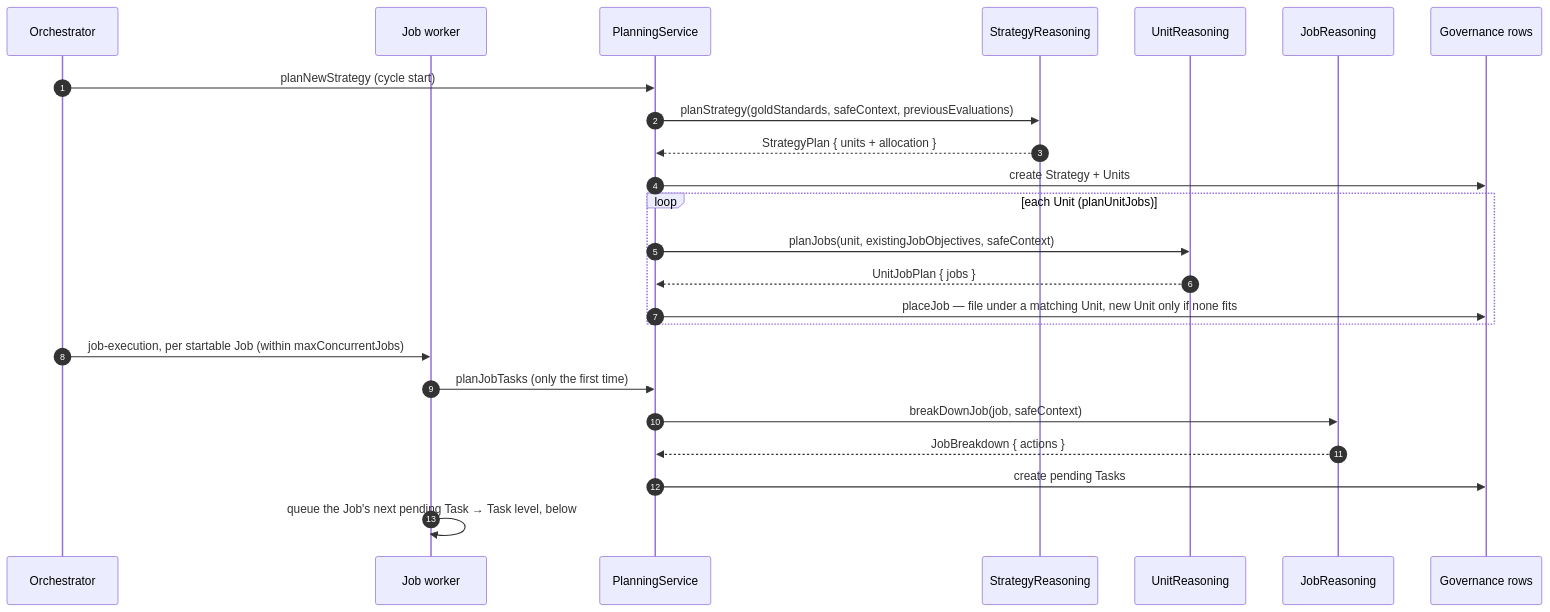
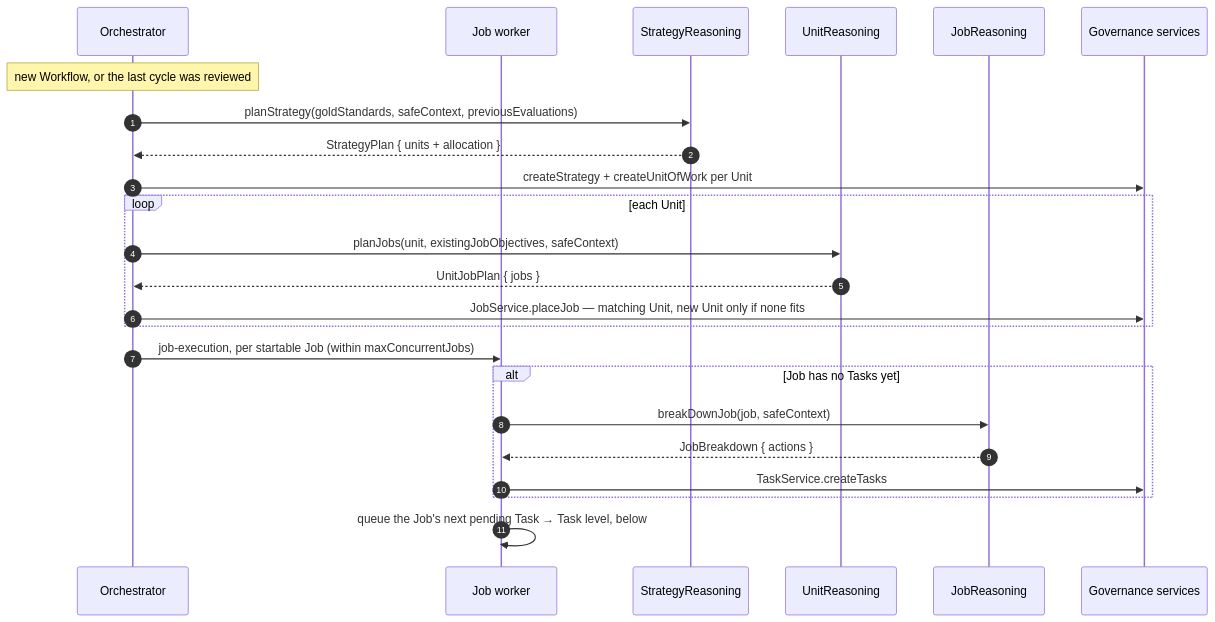
Before and after one commit to BaraaSoft/agentcores: the second of 5 diagrams in packages/backend/src/reasoning/tech-spec.md, drawn with Mermaid. The commit also changed other lines of this file and 12 other files, not shown here.

First line of the commit message:
Refactor governance modules and enhance job execution processing

````diff
--- a/packages/backend/src/reasoning/tech-spec.md
+++ b/packages/backend/src/reasoning/tech-spec.md
@@ -82,27 +84,27 @@
 ```mermaid
 sequenceDiagram
     autonumber
     participant O as Orchestrator
     participant JW as Job worker
-    participant P as PlanningService
     participant S as StrategyReasoning
     participant U as UnitReasoning
     participant J as JobReasoning
-    participant DB as Governance rows
+    participant DB as Governance services
 
-    O->>P: planNewStrategy (cycle start)
-    P->>S: planStrategy(goldStandards, safeContext, previousEvaluations)
-    S-->>P: StrategyPlan { units + allocation }
-    P->>DB: create Strategy + Units
-    loop each Unit (planUnitJobs)
-        P->>U: planJobs(unit, existingJobObjectives, safeContext)
-        U-->>P: UnitJobPlan { jobs }
-        P->>DB: placeJob — file under a matching Unit, new Unit only if none fits
+    Note over O: new Workflow, or the last cycle was reviewed
+    O->>S: planStrategy(goldStandards, safeContext, previousEvaluations)
+    S-->>O: StrategyPlan { units + allocation }
+    O->>DB: createStrategy + createUnitOfWork per Unit
+    loop each Unit
+        O->>U: planJobs(unit, existingJobObjectives, safeContext)
+        U-->>O: UnitJobPlan { jobs }
+        O->>DB: JobService.placeJob — matching Unit, new Unit only if none fits
     end
     O->>JW: job-execution, per startable Job (within maxConcurrentJobs)
-    JW->>P: planJobTasks (only the first time)
-    P->>J: breakDownJob(job, safeContext)
-    J-->>P: JobBreakdown { actions }
-    P->>DB: create pending Tasks
+    alt Job has no Tasks yet
+        JW->>J: breakDownJob(job, safeContext)
+        J-->>JW: JobBreakdown { actions }
+        JW->>DB: TaskService.createTasks
+    end
     JW->>JW: queue the Job's next pending Task → Task level, below
 ```
````
